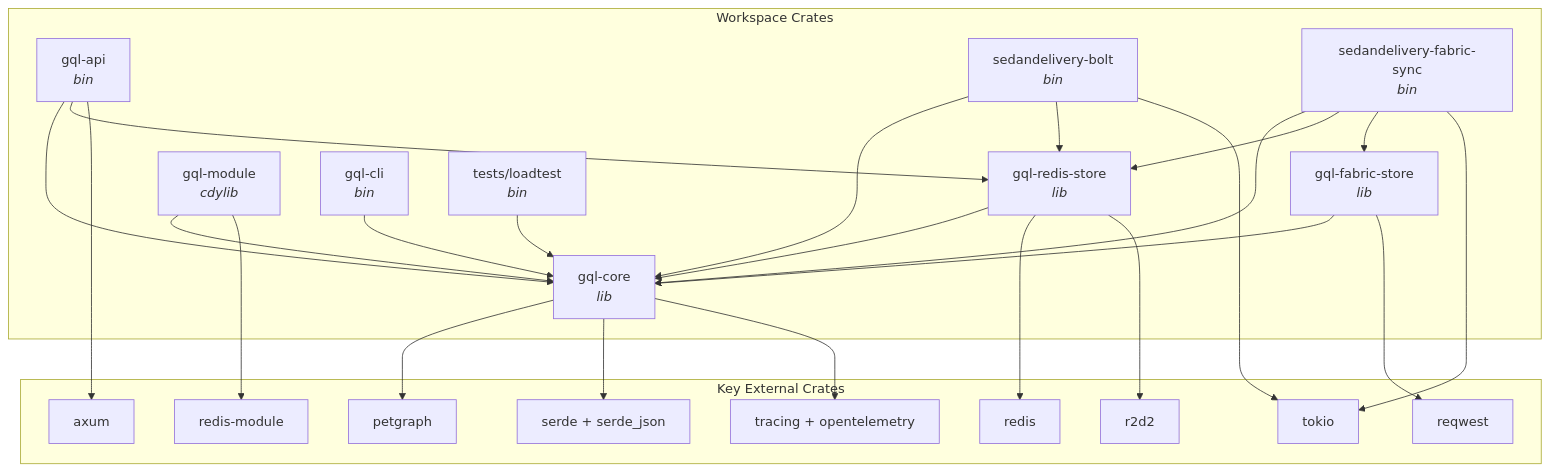
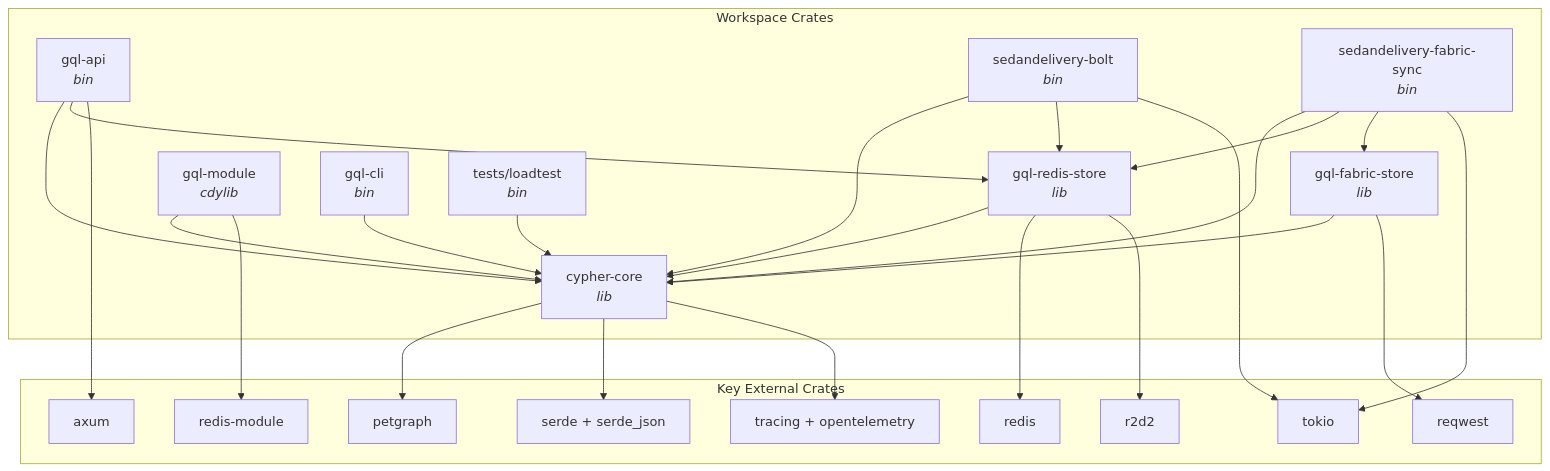
The diagram in docs/atlas/compile-deps/dependencies.mmd (rysweet/SedanDelivery), drawn with Mermaid before and after one commit. The commit also changed 488 other files, not shown here.

First line of the commit message:
feat(cypher-core): architecture cleanup + PersistentGraphStore (#1093)

```diff
--- a/docs/atlas/compile-deps/dependencies.mmd
+++ b/docs/atlas/compile-deps/dependencies.mmd
@@ -1,48 +1,48 @@
 graph TD
     subgraph workspace["Workspace Crates"]
-        gql_core["gql-core<br/><i>lib</i>"]
+        cypher_core["cypher-core<br/><i>lib</i>"]
         gql_redis["gql-redis-store<br/><i>lib</i>"]
         gql_fabric["gql-fabric-store<br/><i>lib</i>"]
         gql_module["gql-module<br/><i>cdylib</i>"]
         gql_api["gql-api<br/><i>bin</i>"]
         gql_cli["gql-cli<br/><i>bin</i>"]
         bolt["sedandelivery-bolt<br/><i>bin</i>"]
         sync["sedandelivery-fabric-sync<br/><i>bin</i>"]
         loadtest["tests/loadtest<br/><i>bin</i>"]
     end
 
     subgraph external["Key External Crates"]
         redis_crate["redis"]
         r2d2_crate["r2d2"]
         axum_crate["axum"]
         tokio_crate["tokio"]
         reqwest_crate["reqwest"]
         redis_module_crate["redis-module"]
         petgraph_crate["petgraph"]
         serde_crate["serde + serde_json"]
         tracing_crate["tracing + opentelemetry"]
     end
 
-    gql_redis --> gql_core
-    gql_fabric --> gql_core
-    gql_module --> gql_core
-    gql_cli --> gql_core
-    gql_api --> gql_core
+    gql_redis --> cypher_core
+    gql_fabric --> cypher_core
+    gql_module --> cypher_core
+    gql_cli --> cypher_core
+    gql_api --> cypher_core
     gql_api --> gql_redis
-    bolt --> gql_core
+    bolt --> cypher_core
     bolt --> gql_redis
-    sync --> gql_core
+    sync --> cypher_core
     sync --> gql_redis
     sync --> gql_fabric
-    loadtest --> gql_core
+    loadtest --> cypher_core
 
-    gql_core --> petgraph_crate
-    gql_core --> serde_crate
+    cypher_core --> petgraph_crate
+    cypher_core --> serde_crate
     gql_redis --> redis_crate
     gql_redis --> r2d2_crate
     gql_fabric --> reqwest_crate
     gql_module --> redis_module_crate
     gql_api --> axum_crate
     bolt --> tokio_crate
     sync --> tokio_crate
-    gql_core --> tracing_crate
+    cypher_core --> tracing_crate
```
